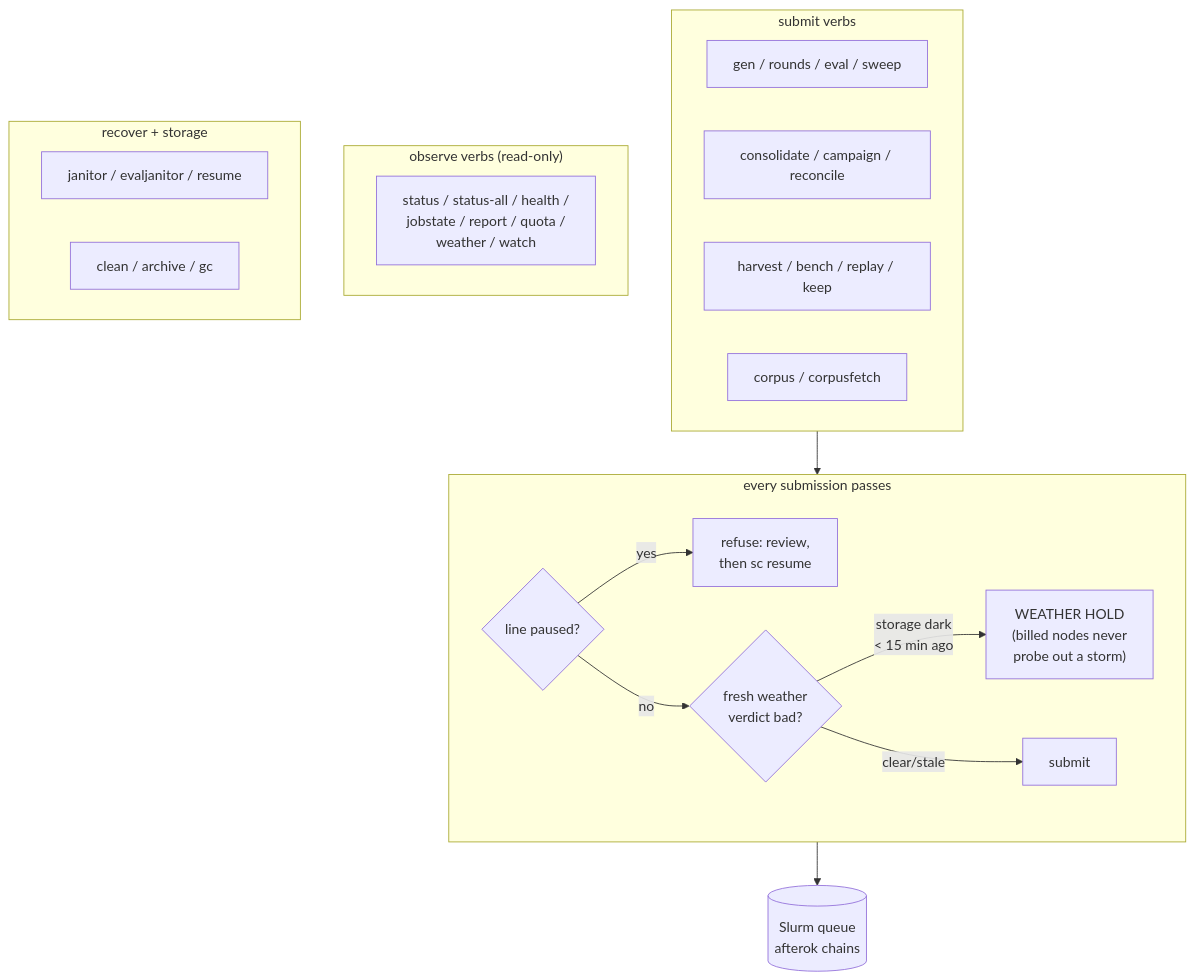
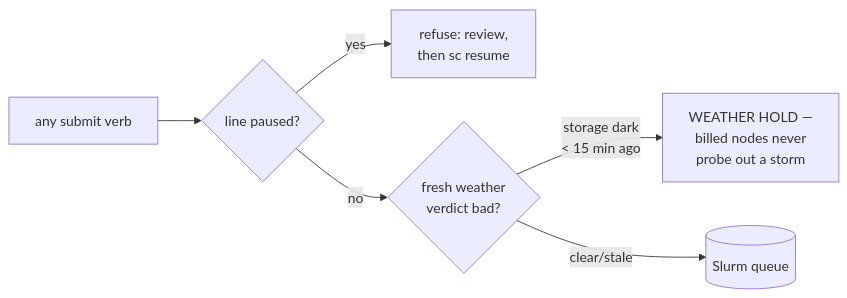
Before and after one commit to storax-io/storax-ai-train-rocm: the first of 24 diagrams in docs/cli.md, drawn with Mermaid. The commit also changed other lines of this file, not shown here.

Commit message:
cli.md: one flowchart per sc verb (all ~30: launch, judging, data, observing, recovery, storage doctrine), framed as what it is — a front end to Slurm where all causality lives in dependencies; still scrubbed to usage-level (closed source, open usage)

````diff
--- a/docs/cli.md
+++ b/docs/cli.md
@@ -17,23 +20,8 @@
 ```mermaid
-flowchart TB
-    subgraph gate["every submission passes"]
-        PZ{"line paused?"} -- yes --> DIE["refuse: review,<br/>then sc resume"]
-        PZ -- no --> WX{"fresh weather<br/>verdict bad?"}
-        WX -- "storage dark<br/>< 15 min ago" --> DIE2["WEATHER HOLD<br/>(billed nodes never<br/>probe out a storm)"]
-        WX -- clear/stale --> OKG[submit]
-    end
-    subgraph submitters["submit verbs"]
-        S1["gen / rounds / eval / sweep"]
-        S2["consolidate / campaign / reconcile"]
-        S3["harvest / bench / replay / keep"]
-        S4["corpus / corpusfetch"]
-    end
-    subgraph observers["observe verbs (read-only)"]
-        O1["status / status-all / health /<br/>jobstate / report / quota /<br/>weather / watch"]
-    end
-    subgraph maint["recover + storage"]
-        M1["janitor / evaljanitor / resume"]
-        M2["clean / archive / gc"]
-    end
-    submitters --> gate --> Q[("Slurm queue<br/>afterok chains")]
+flowchart LR
+    V[any submit verb] --> PZ{"line paused?"}
+    PZ -- yes --> DIE["refuse: review,<br/>then sc resume"]
+    PZ -- no --> WX{"fresh weather<br/>verdict bad?"}
+    WX -- "storage dark<br/>< 15 min ago" --> DIE2["WEATHER HOLD —<br/>billed nodes never<br/>probe out a storm"]
+    WX -- clear/stale --> Q[("Slurm queue")]
 ```
````
